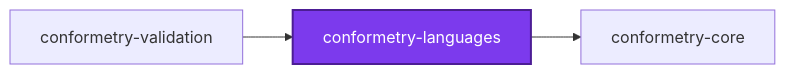
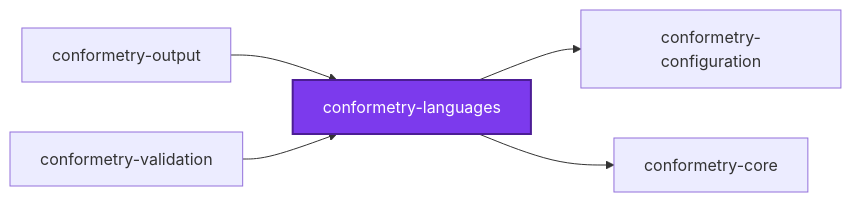
One commit to JimmyPaolini/codebase changed the first of 3 diagrams in packages/ic-suite/conformetry/conformetry-languages/README.md. Above: the diagram before and after it, drawn with Mermaid. The commit also changed other lines of this file and 164 other files, not shown here.

Commit message:
refactor(conformetry,configuration): ♻️ put conformetry on the ic-suite five-layer spine

````diff
--- a/packages/ic-suite/conformetry/conformetry-languages/README.md
+++ b/packages/ic-suite/conformetry/conformetry-languages/README.md
@@ -403,10 +409,14 @@
 ```mermaid
 graph LR
+  conformetry_configuration["conformetry-configuration"]
   conformetry_core["conformetry-core"]
   conformetry_languages["conformetry-languages"]
+  conformetry_output["conformetry-output"]
   conformetry_validation["conformetry-validation"]
+  conformetry_languages --> conformetry_configuration
   conformetry_languages --> conformetry_core
+  conformetry_output --> conformetry_languages
   conformetry_validation --> conformetry_languages
   classDef subject fill:#7c3aed,color:#fff,stroke:#4c1d95,stroke-width:2px
   class conformetry_languages subject
 ```
````
